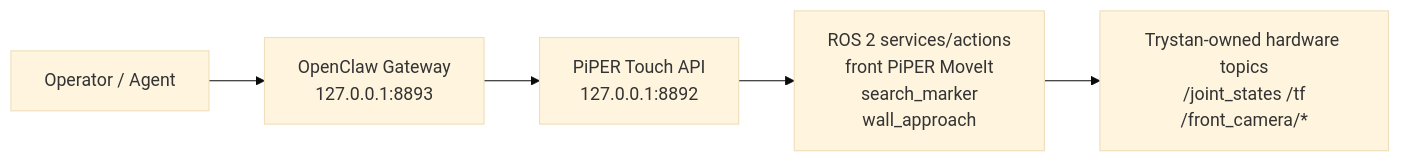
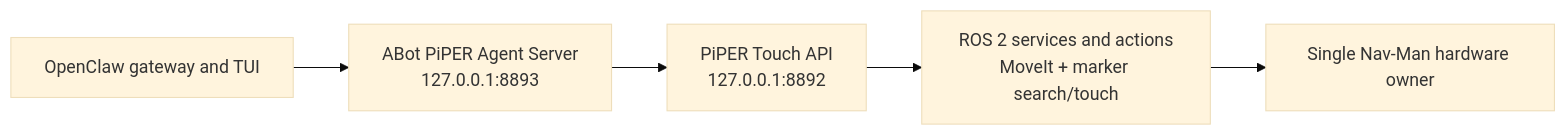
The diagram in docs/openclaw_gateway.md (notalexander30/bunker-piper_integration), drawn with Mermaid (base theme) before and after one commit. The commit also changed other lines of this file and 47 other files, not shown here.

Commit message:
Sanitize hardware identifiers and add ABot integration

````diff
--- a/docs/openclaw_gateway.md
+++ b/docs/openclaw_gateway.md
@@ -6,7 +6,7 @@
 ```mermaid
 flowchart LR
-  Client[Operator / Agent] --> GW[OpenClaw Gateway\n127.0.0.1:8893]
-  GW --> API[PiPER Touch API\n127.0.0.1:8892]
-  API --> ROS[ROS 2 services/actions\nfront PiPER MoveIt\nsearch_marker\nwall_approach]
-  ROS --> HW[Trystan-owned hardware topics\n/joint_states /tf\n/front_camera/*]
+  O[OpenClaw gateway and TUI] --> A[ABot PiPER Agent Server\n127.0.0.1:8893]
+  A --> API[PiPER Touch API\n127.0.0.1:8892]
+  API --> ROS[ROS 2 services and actions\nMoveIt + marker search/touch]
+  ROS --> HW[Single Nav-Man hardware owner]
 ```
````
